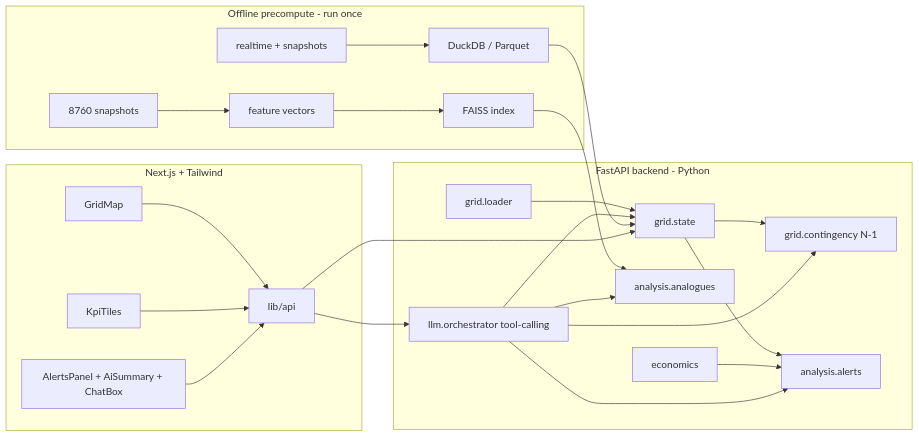
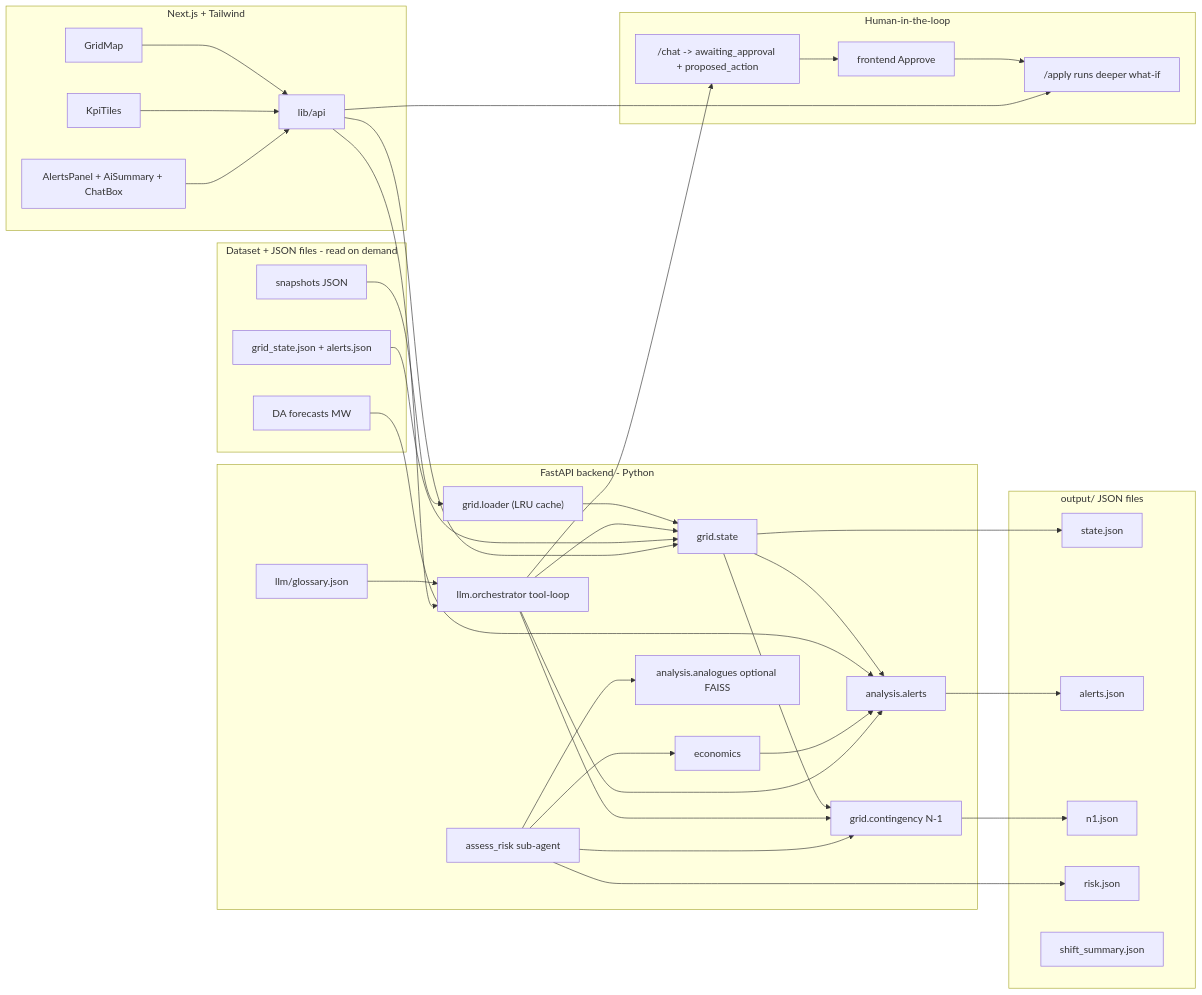
Before and after one commit to Jaskabraska/hackaton---EPS: the first of 2 diagrams in grid_pulse_build_plan_12c911db.plan.md, drawn with Mermaid. The commit also changed other lines of this file, not shown here.

Commit message:
Update build plan: file-based data, Gemini LLM, agentic upgrades

````diff
--- a/grid_pulse_build_plan_12c911db.plan.md
+++ b/grid_pulse_build_plan_12c911db.plan.md
@@ -58,27 +63,48 @@
 ```mermaid
 flowchart LR
-  subgraph offline [Offline precompute - run once]
-    snaps[8760 snapshots] --> feats[feature vectors]
-    feats --> faiss[FAISS index]
-    rt[realtime + snapshots] --> duck[DuckDB / Parquet]
+  subgraph files [Dataset + JSON files - read on demand]
+    snaps[snapshots JSON]
+    fc[DA forecasts MW]
+    rootjson[grid_state.json + alerts.json]
   end
   subgraph backend [FastAPI backend - Python]
-    loader[grid.loader] --> state[grid.state]
+    loader["grid.loader (LRU cache)"] --> state[grid.state]
     state --> contingency[grid.contingency N-1]
     state --> alerts[analysis.alerts]
-    faiss --> analogues[analysis.analogues]
+    fc --> alerts
     fuel[economics] --> alerts
-    orch[llm.orchestrator tool-calling] --> state
+    orch[llm.orchestrator tool-loop] --> state
     orch --> contingency
     orch --> alerts
-    orch --> analogues
+    risk[assess_risk sub-agent] --> contingency
+    risk --> analogues[analysis.analogues optional FAISS]
+    risk --> fuel
+    glossary[llm/glossary.json] --> orch
+  end
+  subgraph hil [Human-in-the-loop]
+    chat["/chat -> awaiting_approval + proposed_action"] --> approve[frontend Approve]
+    approve --> apply["/apply runs deeper what-if"]
+  end
+  subgraph out [output/ JSON files]
+    ostate[state.json] 
+    oalerts[alerts.json]
+    on1[n1.json]
+    orisk[risk.json]
+    oshift[shift_summary.json]
   end
   subgraph frontend [Next.js + Tailwind]
     map[GridMap] --> api[lib/api]
     kpis[KpiTiles] --> api
     panel[AlertsPanel + AiSummary + ChatBox] --> api
   end
-  duck --> state
+  snaps --> loader
+  rootjson --> state
+  state --> ostate
+  alerts --> oalerts
+  contingency --> on1
+  risk --> orisk
+  orch --> chat
   api --> orch
   api --> state
+  api --> apply
 ```
````
